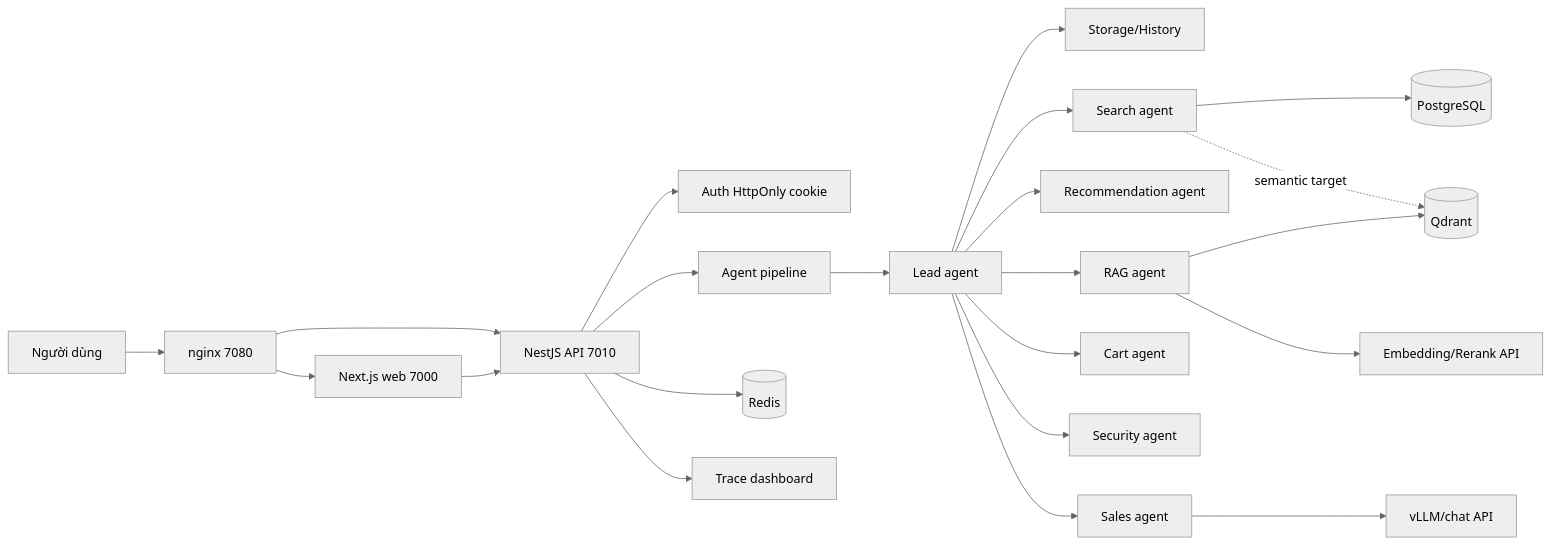
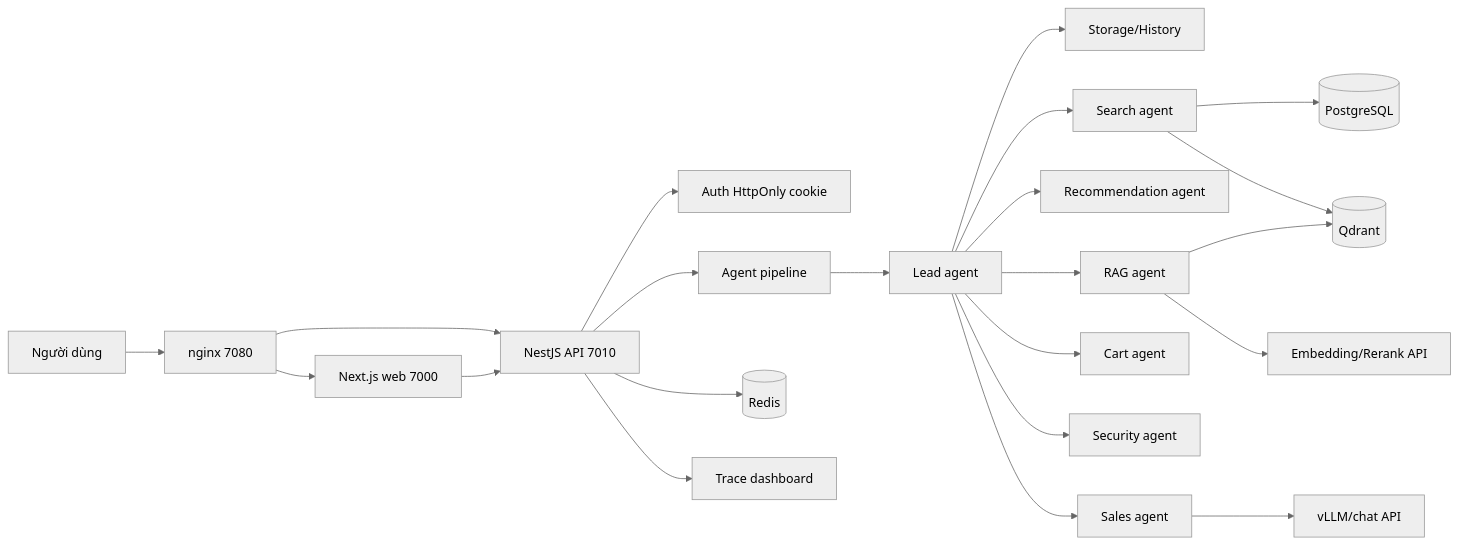
Before and after one commit to baolnq-ai/agent-retail: the diagram in README.md, drawn with Mermaid (neutral theme). The commit also changed other lines of this file and 17 other files, not shown here.

First line of the commit message:
2026-05-26 qdrant search and dashboard prompt

````diff
--- a/README.md
+++ b/README.md
@@ -125,24 +125,24 @@
 ```mermaid
 flowchart LR
   User[Người dùng] --> Nginx[nginx 7080]
   Nginx --> Web[Next.js web 7000]
   Nginx --> API[NestJS API 7010]
   Web --> API
   API --> Auth[Auth HttpOnly cookie]
   API --> Agent[Agent pipeline]
   Agent --> Lead[Lead agent]
   Lead --> Memory[Storage/History]
   Lead --> Search[Search agent]
   Lead --> Recommend[Recommendation agent]
   Lead --> RAG[RAG agent]
   Lead --> Cart[Cart agent]
   Lead --> Security[Security agent]
   Lead --> Sales[Sales agent]
   Search --> Postgres[(PostgreSQL)]
-  Search -. semantic target .-> Qdrant[(Qdrant)]
+  Search --> Qdrant[(Qdrant)]
   RAG --> Qdrant
   Sales --> ChatModel[vLLM/chat API]
   RAG --> Embed[Embedding/Rerank API]
   API --> Redis[(Redis)]
   API --> Dashboard[Trace dashboard]
 ```
````
